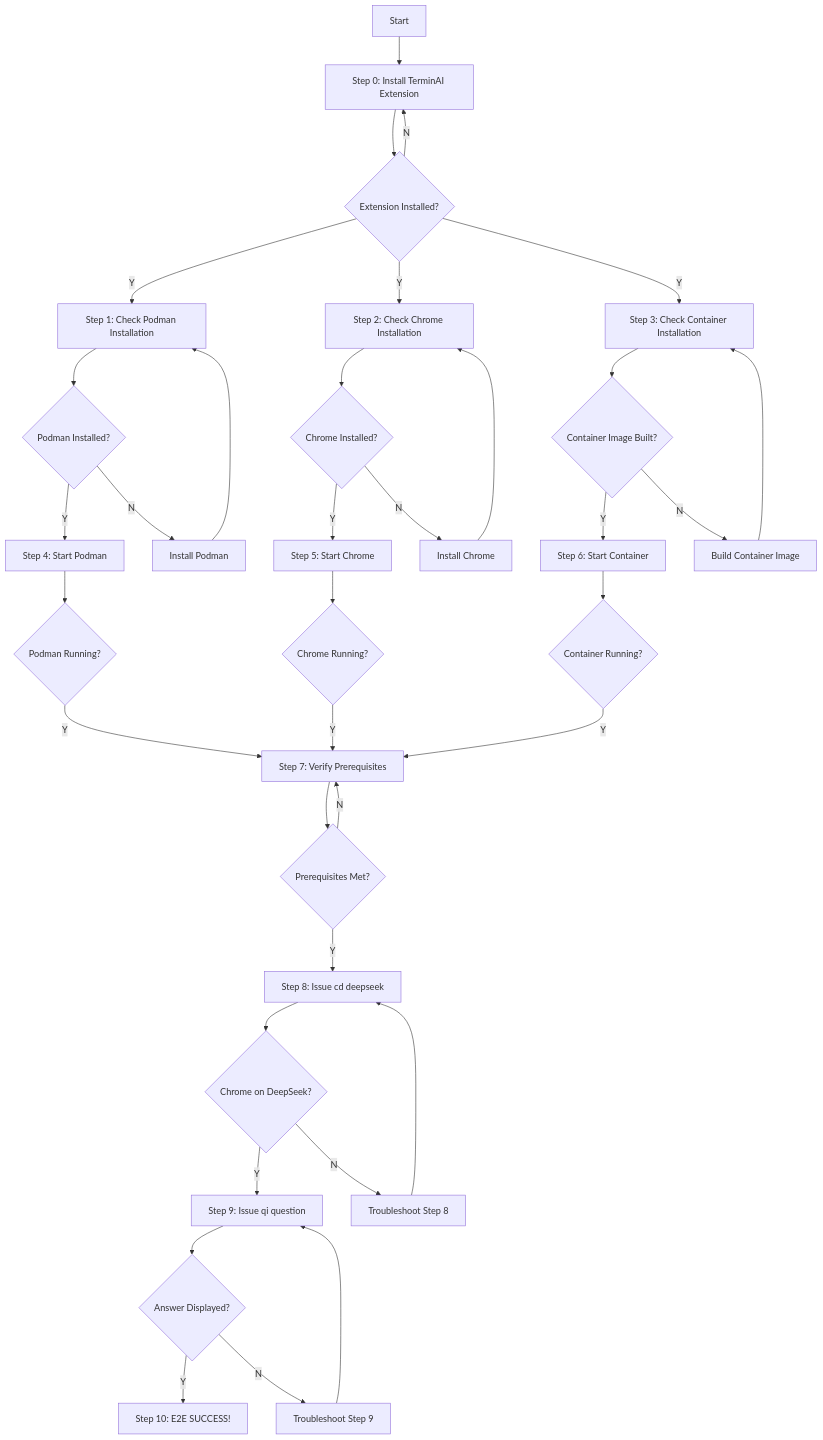
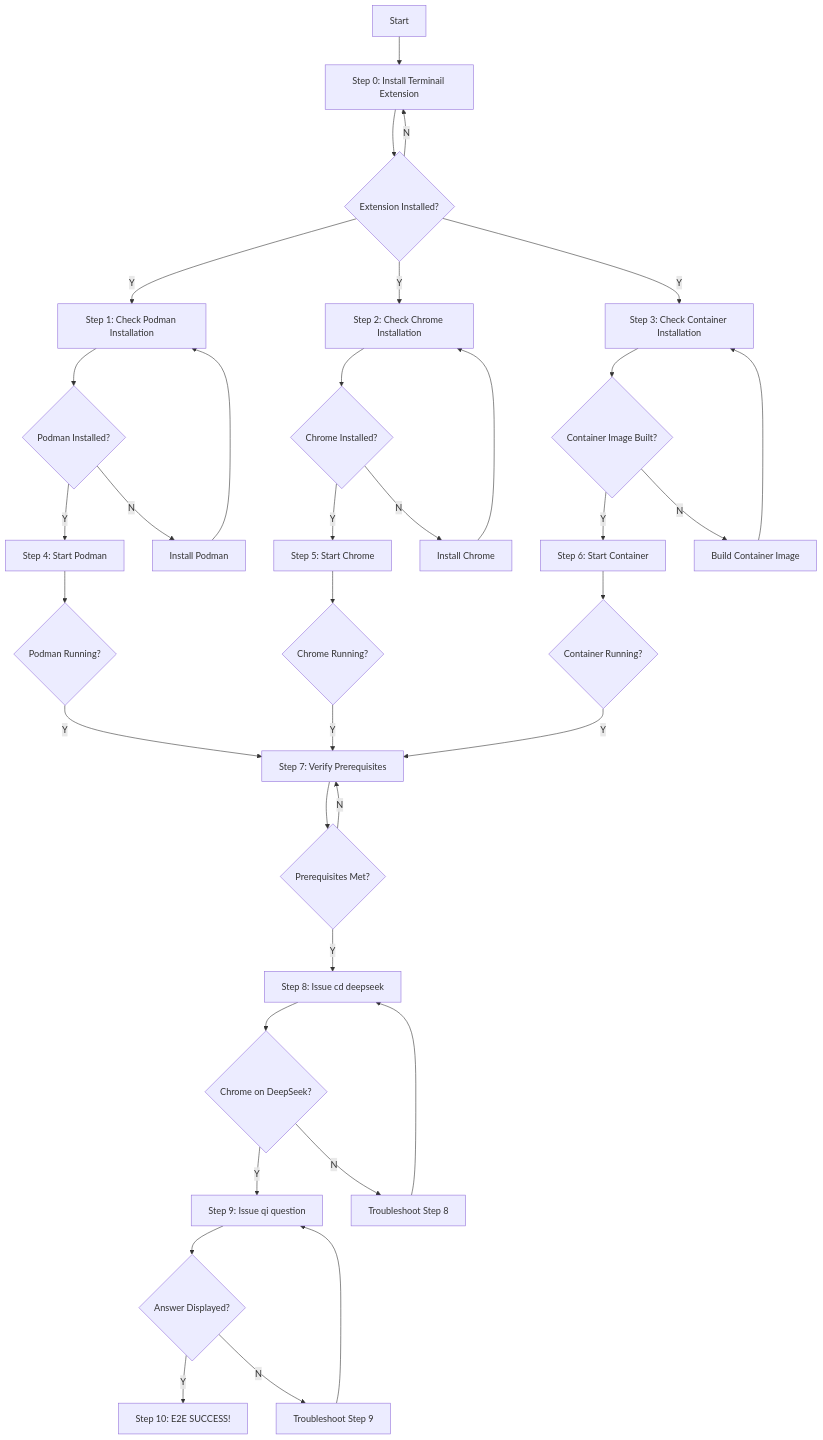
One commit to terminail/terminail changed the diagram in container/tests/e2e/README.md. Above: the diagram before and after it, drawn with Mermaid. The commit also changed other lines of this file and 145 other files, not shown here.

````diff
--- a/container/tests/e2e/README.md
+++ b/container/tests/e2e/README.md
@@ -8,38 +8,38 @@
 ```mermaid
 graph TD
-    A[Start] --> B[Step 0: Install TerminAI Extension]
+    A[Start] --> B[Step 0: Install Terminail Extension]
     B --> C{Extension Installed?}
     C -->|Y| D[Step 1: Check Podman Installation]
     C -->|N| B
     D --> E{Podman Installed?}
     E -->|Y| H[Step 4: Start Podman]
     E -->|N| F[Install Podman]
     F --> D
     C -->|Y| G[Step 2: Check Chrome Installation]
     G --> I{Chrome Installed?}
     I -->|Y| K[Step 5: Start Chrome]
     I -->|N| J[Install Chrome]
     J --> G
     C -->|Y| L[Step 3: Check Container Installation]
     L --> M{Container Image Built?}
     M -->|Y| N[Step 6: Start Container]
     M -->|N| O[Build Container Image]
     O --> L
     H --> P{Podman Running?}
     P -->|Y| Q[Step 7: Verify Prerequisites]
     K --> R{Chrome Running?}
     R -->|Y| Q
     N --> S{Container Running?}
     S -->|Y| Q
     Q --> T{Prerequisites Met?}
     T -->|Y| U[Step 8: Issue cd deepseek]
     T -->|N| Q
     U --> V{Chrome on DeepSeek?}
     V -->|Y| W[Step 9: Issue qi question]
     V -->|N| X[Troubleshoot Step 8]
     X --> U
     W --> Y{Answer Displayed?}
     Y -->|Y| Z[Step 10: E2E SUCCESS!]
     Y -->|N| AA[Troubleshoot Step 9]
     AA --> W
 ```
````
